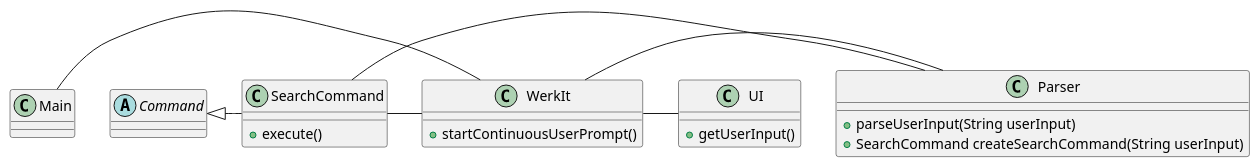
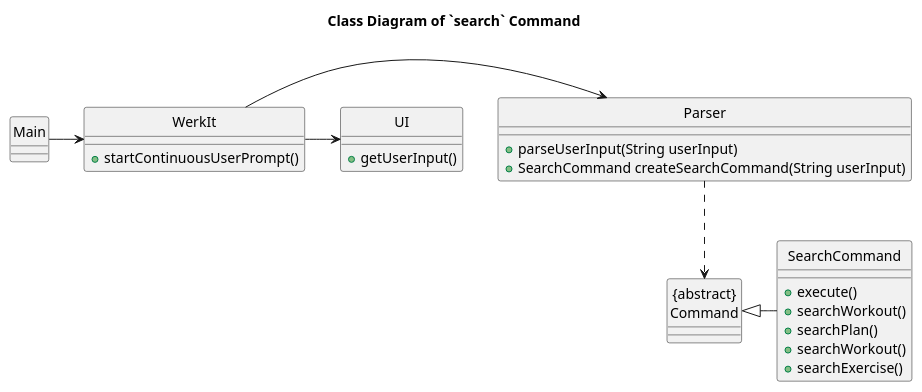
Before and after one commit to nus-cs2113-AY2122S2/tp: the diagram in docs/uml/classDiagrams/Search.puml, drawn with PlantUML.

Commit message:
Update class diagram for Search

```diff
--- a/docs/uml/classDiagrams/Search.puml
+++ b/docs/uml/classDiagrams/Search.puml
@@ -1,36 +1,39 @@
 @startuml
 'https://plantuml.com/class-diagram
+hide circle
+title Class Diagram of `search` Command
+Main -> WerkIt
+WerkIt -> Parser
+WerkIt -> UI
+"{abstract}\nCommand" <|- SearchCommand
 
-Main - WerkIt
-WerkIt - Parser
-WerkIt - UI
-Command <|- SearchCommand
-SearchCommand - Parser
-SearchCommand - WerkIt
+
+Parser ..> "{abstract}\nCommand"
 class WerkIt {
 + startContinuousUserPrompt()
 }
 
-abstract Command {
-
-}
 
 class Main {
 
 }
 
 class SearchCommand {
 + execute()
++ searchWorkout()
++ searchPlan()
++ searchWorkout()
++ searchExercise()
 }
 
 class UI {
 + getUserInput()
 }
 
 class Parser {
 + parseUserInput(String userInput)
 + SearchCommand createSearchCommand(String userInput)
 }
 
 
 @enduml
```
